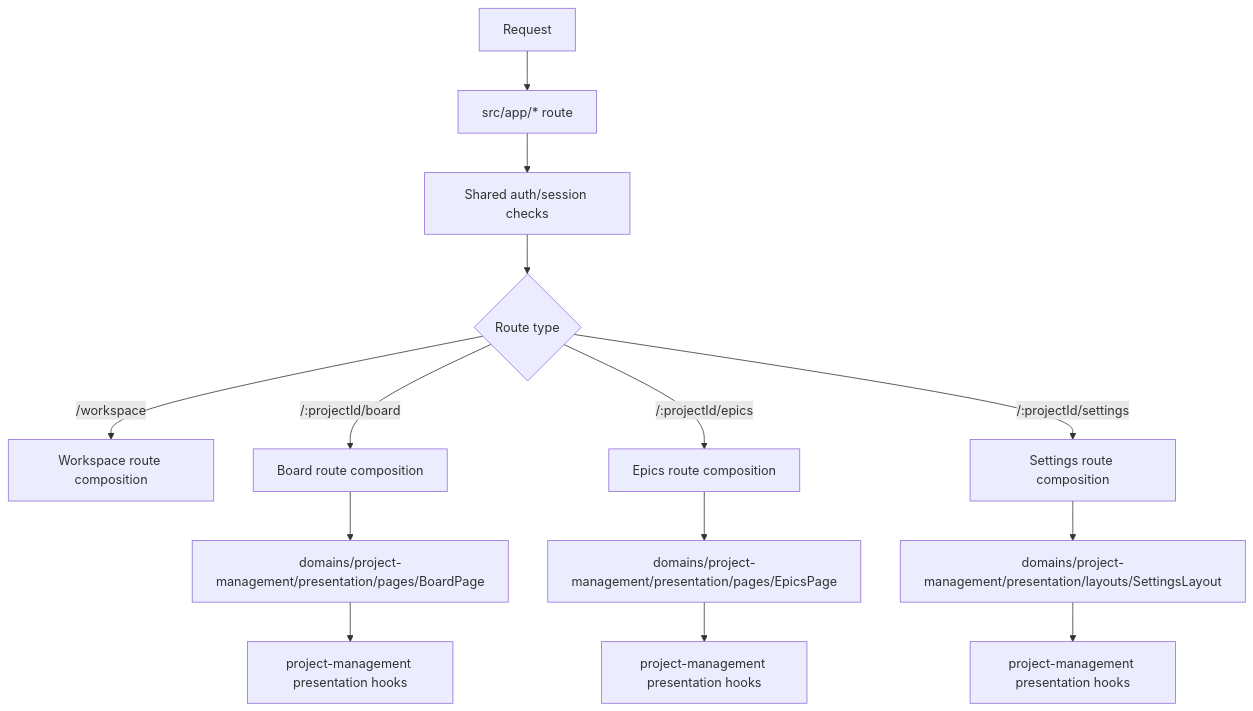
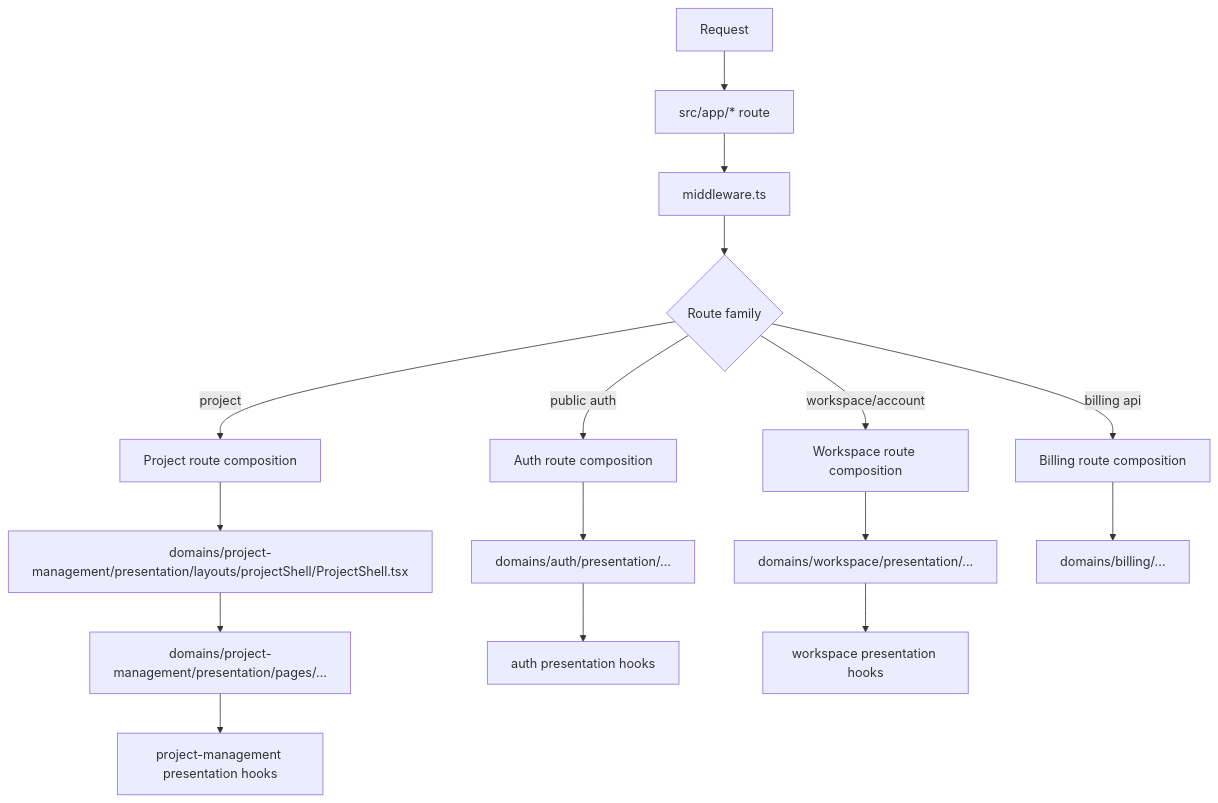
The third of 5 diagrams in .cursor/docs/flowchart.md (mc6ril/workbench), drawn with Mermaid before and after one commit. The commit also changed other lines of this file and 19 other files, not shown here.

````diff
--- a/.cursor/docs/flowchart.md
+++ b/.cursor/docs/flowchart.md
@@ -51,19 +64,21 @@
 ```mermaid
 flowchart TD
    REQ[Request] --> APP[src/app/* route]
-   APP --> AUTH_GUARDS[Shared auth/session checks]
-   AUTH_GUARDS --> ROUTE{Route type}
+   APP --> MIDDLEWARE[middleware.ts]
+   MIDDLEWARE --> ROUTE{Route family}
 
-   ROUTE -->|/workspace| WS_PAGE[Workspace route composition]
-   ROUTE -->|/:projectId/board| BOARD_ROUTE[Board route composition]
-   ROUTE -->|/:projectId/epics| EPICS_ROUTE[Epics route composition]
-   ROUTE -->|/:projectId/settings| SETTINGS_ROUTE[Settings route composition]
+   ROUTE -->|public auth| AUTH_ROUTE[Auth route composition]
+   ROUTE -->|workspace/account| WS_ROUTE[Workspace route composition]
+   ROUTE -->|project| PROJECT_ROUTE[Project route composition]
+   ROUTE -->|billing api| BILLING_ROUTE[Billing route composition]
 
-   BOARD_ROUTE --> BOARD_PAGE[domains/project-management/presentation/pages/BoardPage]
-   EPICS_ROUTE --> EPICS_PAGE[domains/project-management/presentation/pages/EpicsPage]
-   SETTINGS_ROUTE --> SETTINGS_LAYOUT[domains/project-management/presentation/layouts/SettingsLayout]
+   AUTH_ROUTE --> AUTH_PAGE[domains/auth/presentation/...]
+   WS_ROUTE --> WS_PAGE[domains/workspace/presentation/...]
+   PROJECT_ROUTE --> PM_LAYOUT[domains/project-management/presentation/layouts/projectShell/ProjectShell.tsx]
+   BILLING_ROUTE --> BILLING_FLOW[domains/billing/...]
 
-   BOARD_PAGE --> BOARD_HOOKS[project-management presentation hooks]
-   EPICS_PAGE --> EPIC_HOOKS[project-management presentation hooks]
-   SETTINGS_LAYOUT --> SETTINGS_HOOKS[project-management presentation hooks]
+   PM_LAYOUT --> PM_PAGES[domains/project-management/presentation/pages/...]
+   PM_PAGES --> PM_HOOKS[project-management presentation hooks]
+   AUTH_PAGE --> AUTH_HOOKS[auth presentation hooks]
+   WS_PAGE --> WS_HOOKS[workspace presentation hooks]
 ```
````
